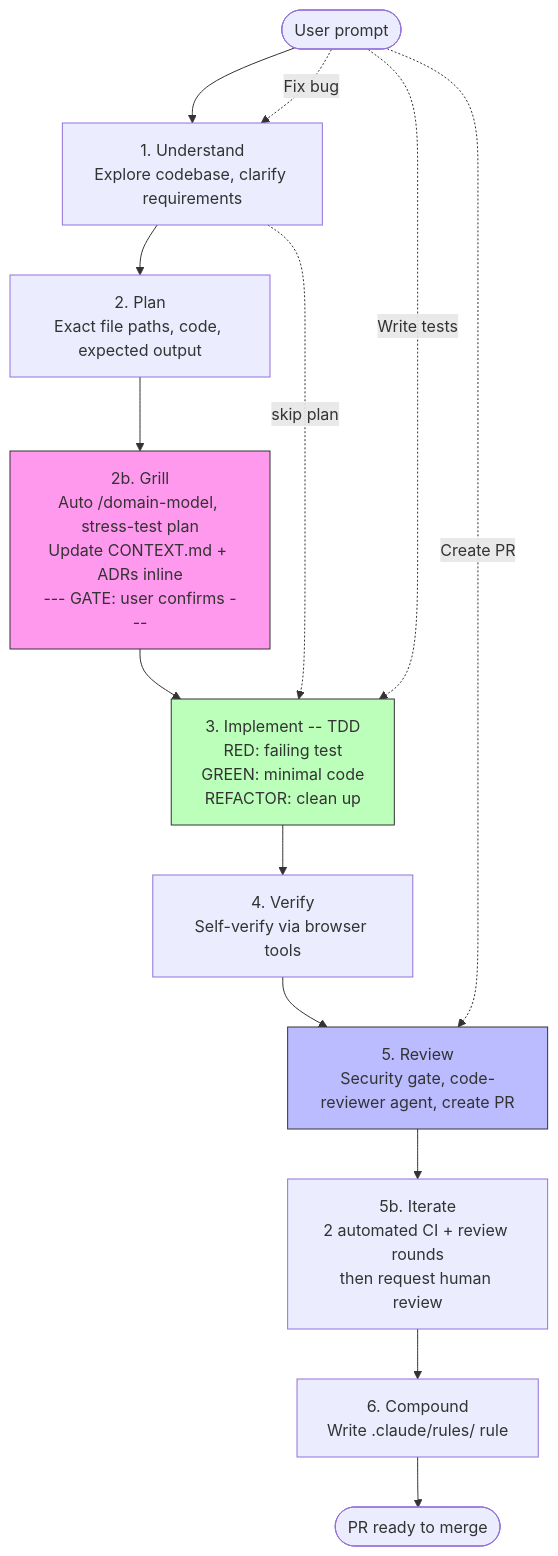
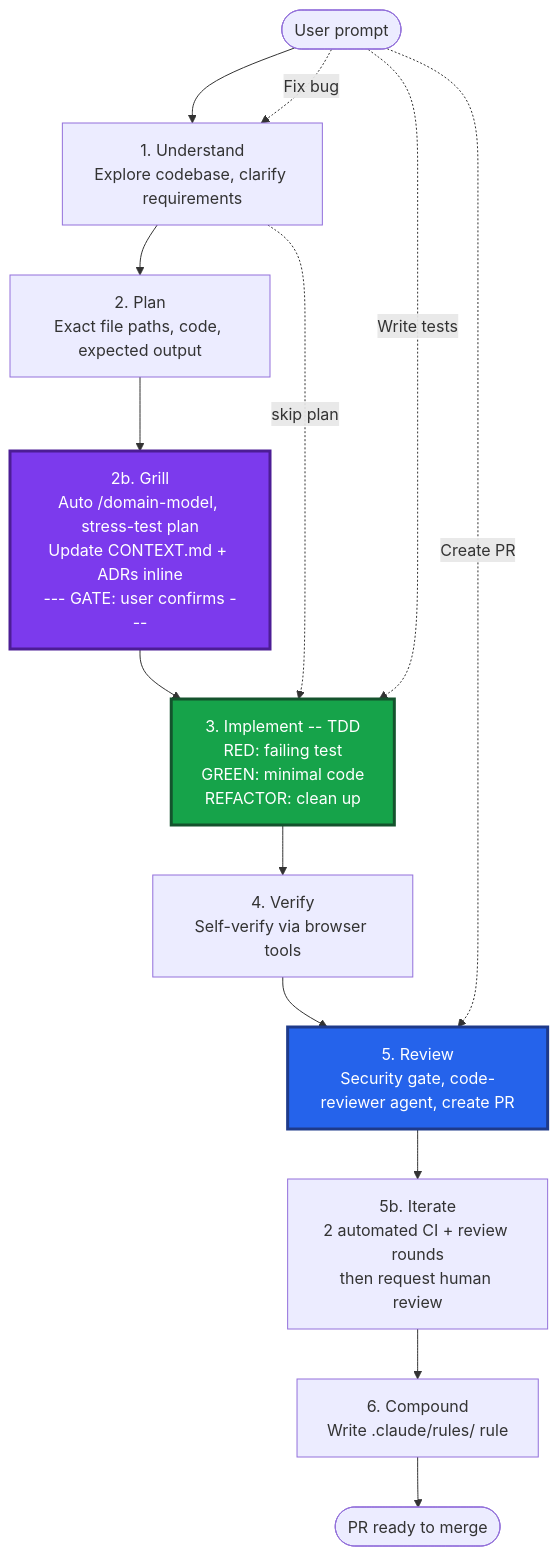
Before and after one commit to malinskibeniamin/skills: the first of 6 diagrams in README.md, drawn with Mermaid. The commit also changed other lines of this file and 1 other file, not shown here.

````diff
--- a/README.md
+++ b/README.md
@@ -150,26 +150,26 @@
 ```mermaid
 graph TD
     Start([User prompt]) --> Understand
 
     Understand["1. Understand\nExplore codebase, clarify requirements"]
     Plan["2. Plan\nExact file paths, code, expected output"]
     Grill["2b. Grill\nAuto /domain-model, stress-test plan\nUpdate CONTEXT.md + ADRs inline\n--- GATE: user confirms ---"]
     Implement["3. Implement -- TDD\nRED: failing test\nGREEN: minimal code\nREFACTOR: clean up"]
     Verify["4. Verify\nSelf-verify via browser tools"]
     Review["5. Review\nSecurity gate, code-reviewer agent, create PR"]
     Iterate["5b. Iterate\n2 automated CI + review rounds\nthen request human review"]
     Compound["6. Compound\nWrite .claude/rules/ rule"]
     Done([PR ready to merge])
 
     Understand --> Plan --> Grill --> Implement
     Implement --> Verify --> Review --> Iterate --> Compound --> Done
 
     Start -. "Fix bug" .-> Understand
     Understand -. "skip plan" .-> Implement
     Start -. "Write tests" .-> Implement
     Start -. "Create PR" .-> Review
 
-    style Grill fill:#f9e,stroke:#333
-    style Implement fill:#bfb,stroke:#333
-    style Review fill:#bbf,stroke:#333
+    style Grill fill:#7c3aed,stroke:#4c1d95,stroke-width:3px,color:#fff
+    style Implement fill:#16a34a,stroke:#14532d,stroke-width:3px,color:#fff
+    style Review fill:#2563eb,stroke:#1e3a8a,stroke-width:3px,color:#fff
 ```
````
